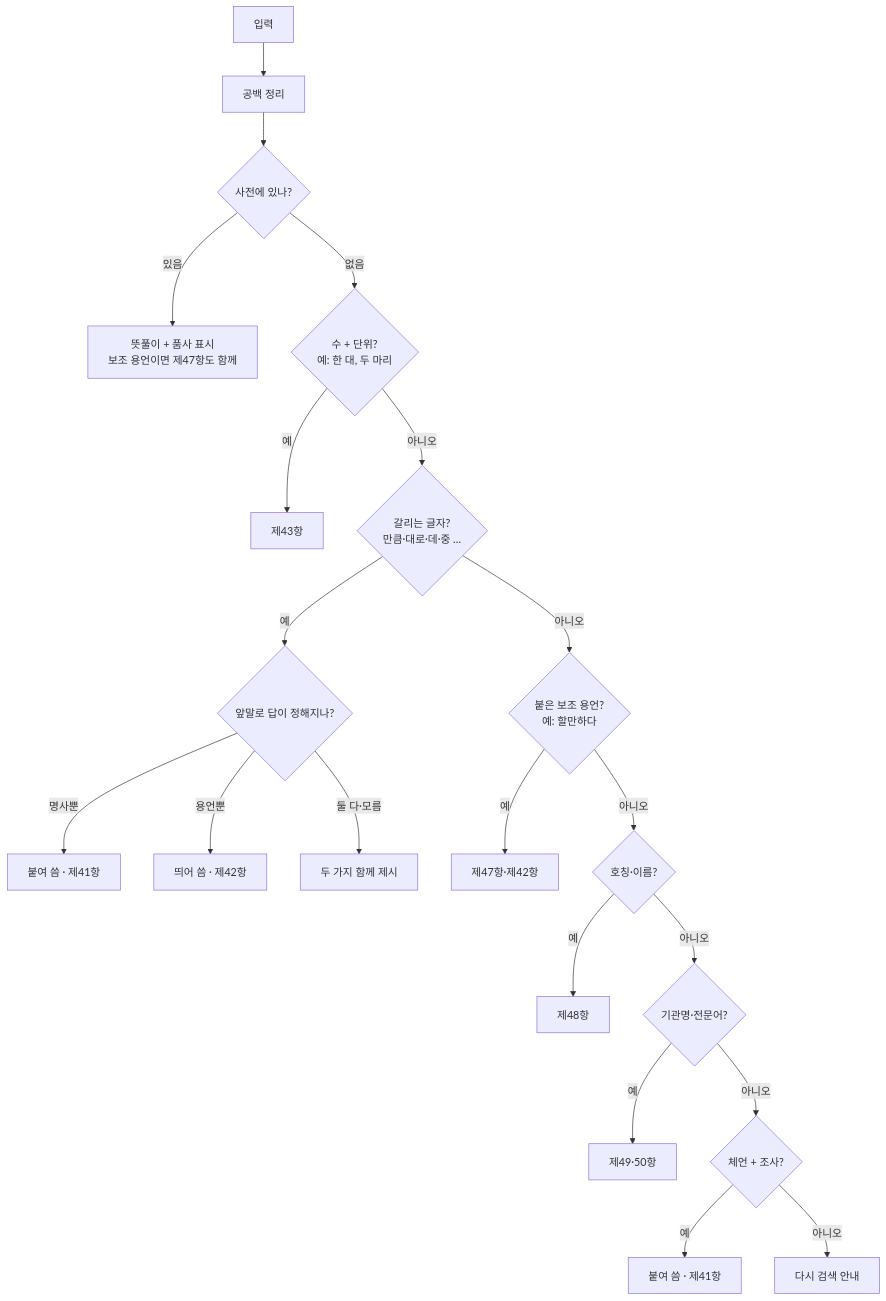
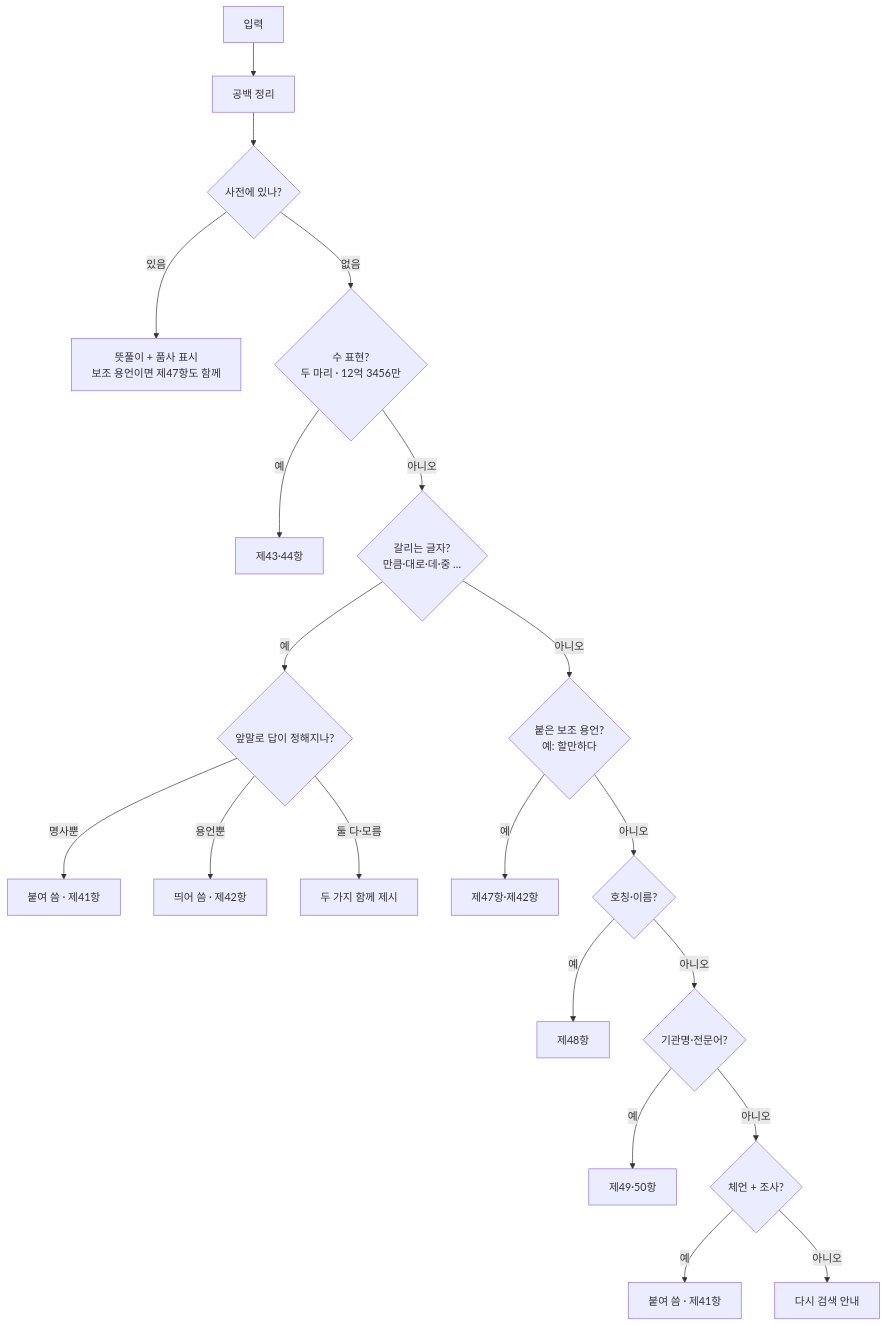
Before and after one commit to sophie-linguist/korean-spacing: the diagram in README.md, drawn with Mermaid. The commit also changed other lines of this file and 3 other files, not shown here.

````diff
--- a/README.md
+++ b/README.md
@@ -66,22 +66,22 @@
 ```mermaid
 flowchart TD
     A[입력] --> B[공백 정리]
     B --> C{사전에 있나?}
     C -- 있음 --> D["뜻풀이 + 품사 표시<br/>보조 용언이면 제47항도 함께"]
-    C -- 없음 --> E{"수 + 단위?<br/>예: 한 대, 두 마리"}
-    E -- 예 --> E1[제43항]
+    C -- 없음 --> E{"수 표현?<br/>두 마리 · 12억 3456만"}
+    E -- 예 --> E1[제43·44항]
     E -- 아니오 --> F{"갈리는 글자?<br/>만큼·대로·데·중 …"}
     F -- 예 --> F1{앞말로 답이 정해지나?}
     F1 -- 명사뿐 --> F2[붙여 씀 · 제41항]
     F1 -- 용언뿐 --> F3[띄어 씀 · 제42항]
     F1 -- 둘 다·모름 --> F4[두 가지 함께 제시]
     F -- 아니오 --> G{"붙은 보조 용언?<br/>예: 할만하다"}
     G -- 예 --> G1[제47항·제42항]
     G -- 아니오 --> H{호칭·이름?}
     H -- 예 --> H1[제48항]
     H -- 아니오 --> I{기관명·전문어?}
     I -- 예 --> I1[제49·50항]
     I -- 아니오 --> J{체언 + 조사?}
     J -- 예 --> J1[붙여 씀 · 제41항]
     J -- 아니오 --> K[다시 검색 안내]
 ```
````
